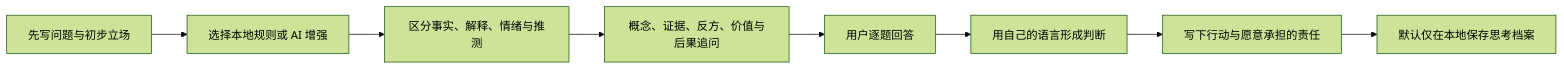
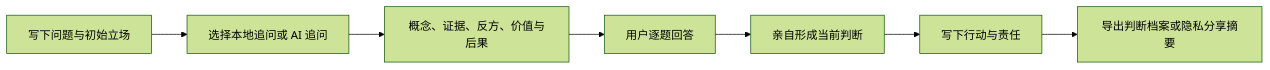
Before and after one commit to SiruGao/life-board: the diagram in README.md, drawn with Mermaid (forest theme). The commit also changed other lines of this file and 14 other files, not shown here.

````diff
--- a/README.md
+++ b/README.md
@@ -68,10 +62,9 @@
 ```mermaid
 flowchart LR
-    A[先写问题与初步立场] --> B[选择本地规则或 AI 增强]
-    B --> C[区分事实、解释、情绪与推测]
-    C --> D[概念、证据、反方、价值与后果追问]
-    D --> E[用户逐题回答]
-    E --> F[用自己的语言形成判断]
-    F --> G[写下行动与愿意承担的责任]
-    G --> H[默认仅在本地保存思考档案]
+    A[写下问题与初始立场] --> B[选择本地追问或 AI 追问]
+    B --> C[概念、证据、反方、价值与后果]
+    C --> D[用户逐题回答]
+    D --> E[亲自形成当前判断]
+    E --> F[写下行动与责任]
+    F --> G[导出判断档案或隐私分享摘要]
 ```
````
